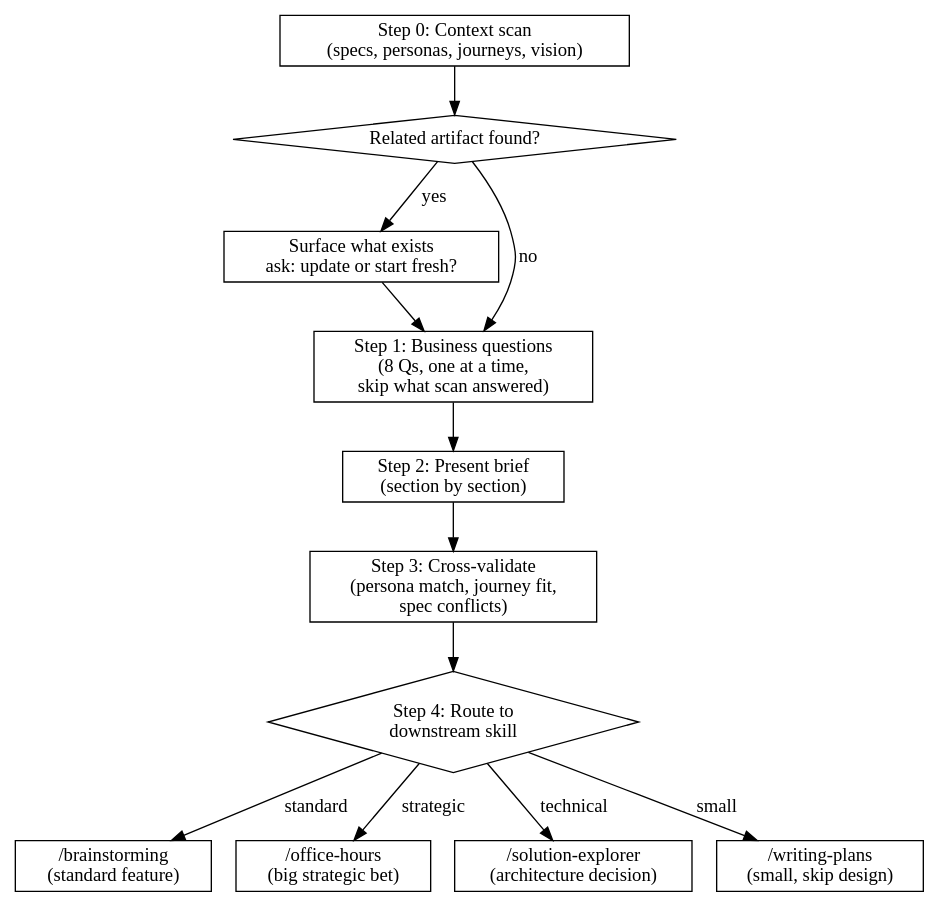
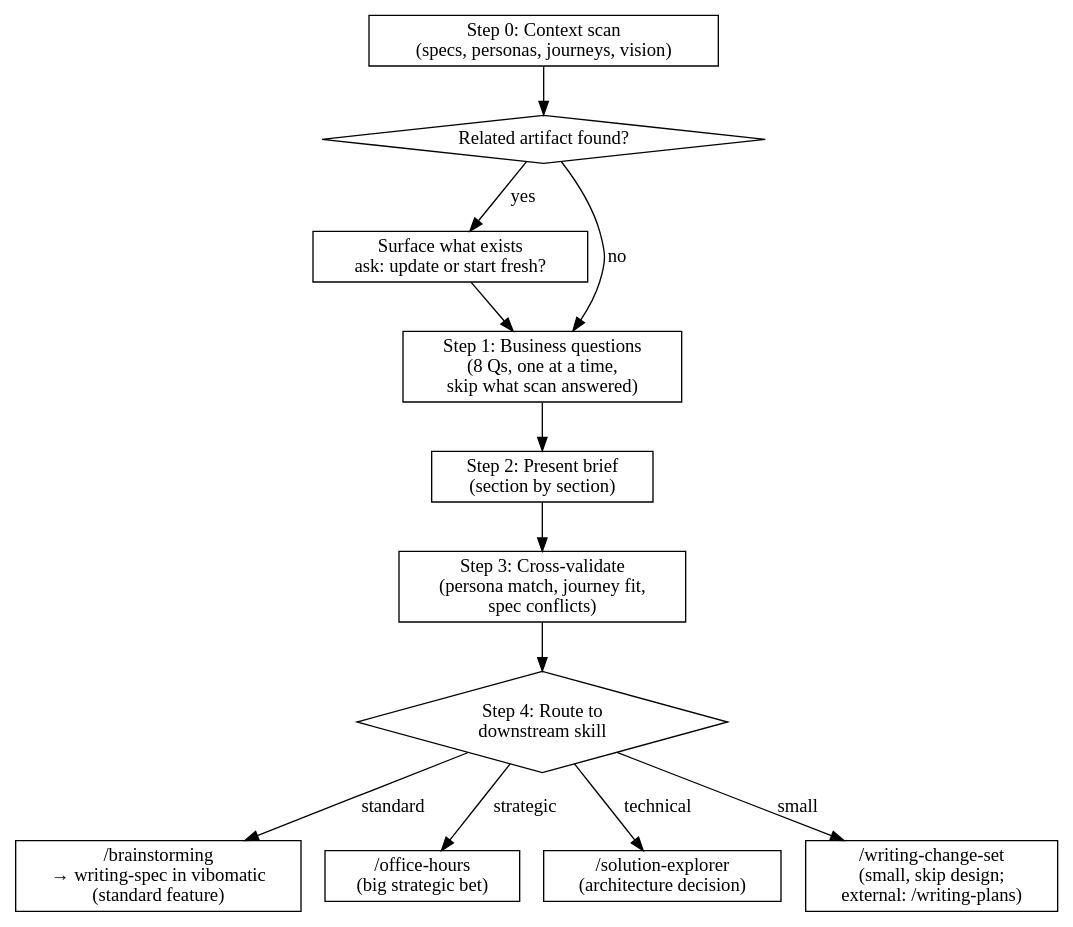
Before and after one commit to s7an-it/vibomatic: the diagram in feature-discovery/SKILL.md, drawn with Graphviz. The commit also changed other lines of this file and 9 other files, not shown here.

````diff
--- a/feature-discovery/SKILL.md
+++ b/feature-discovery/SKILL.md
@@ -75,31 +76,31 @@
 ```dot
 digraph feature_discovery {
     rankdir=TB;
     node [shape=box];
 
     scan [label="Step 0: Context scan\n(specs, personas, journeys, vision)"];
     existing [label="Related artifact found?" shape=diamond];
     surface [label="Surface what exists\nask: update or start fresh?"];
     questions [label="Step 1: Business questions\n(8 Qs, one at a time,\nskip what scan answered)"];
     brief [label="Step 2: Present brief\n(section by section)"];
     crossval [label="Step 3: Cross-validate\n(persona match, journey fit,\nspec conflicts)"];
     route [label="Step 4: Route to\ndownstream skill" shape=diamond];
 
-    brainstorm [label="/brainstorming\n(standard feature)"];
+    brainstorm [label="/brainstorming\n→ writing-spec in vibomatic\n(standard feature)"];
     officehours [label="/office-hours\n(big strategic bet)"];
     explorer [label="/solution-explorer\n(architecture decision)"];
-    plans [label="/writing-plans\n(small, skip design)"];
+    plans [label="/writing-change-set\n(small, skip design;\nexternal: /writing-plans)"];
 
     scan -> existing;
     existing -> surface [label="yes"];
     existing -> questions [label="no"];
     surface -> questions;
     questions -> brief;
     brief -> crossval;
     crossval -> route;
     route -> brainstorm [label="standard"];
     route -> officehours [label="strategic"];
     route -> explorer [label="technical"];
     route -> plans [label="small"];
 }
 ```
````
